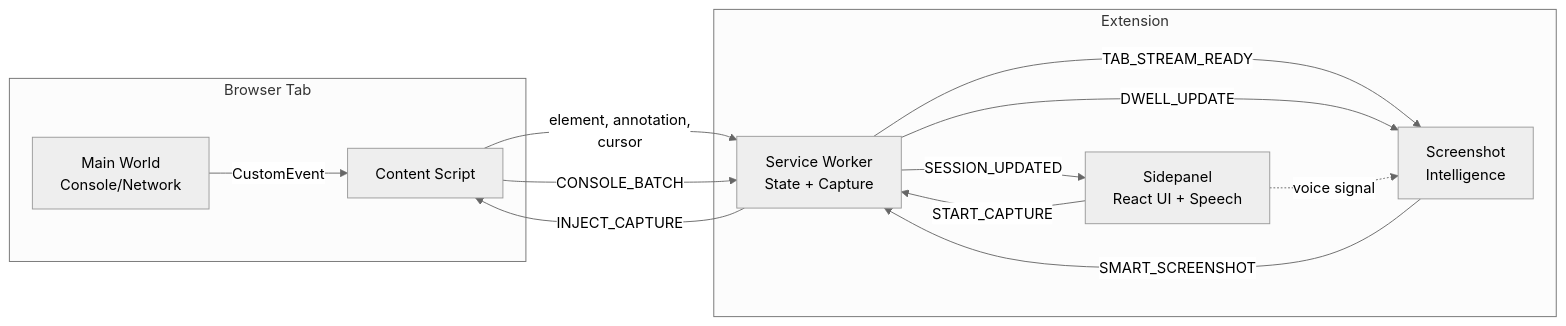
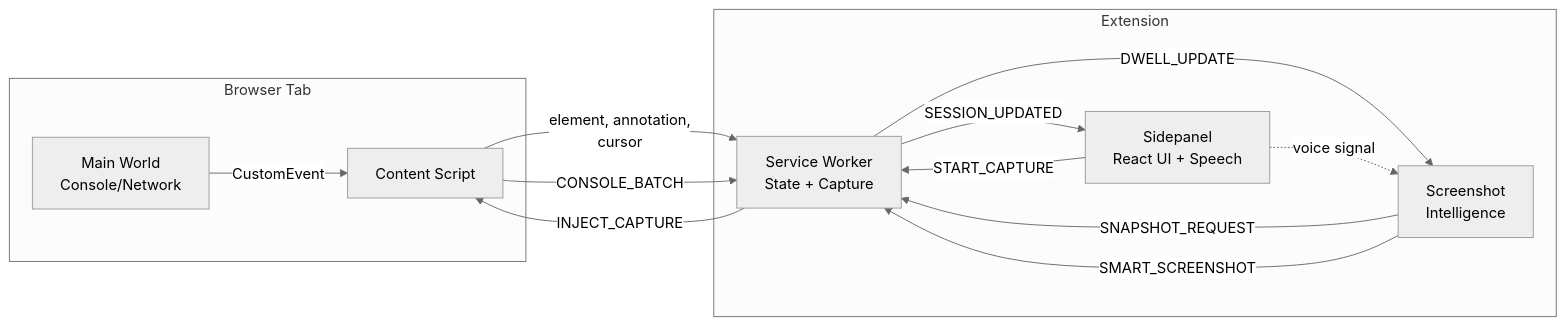
The diagram in README.md (BraedenBDev/pointdev), drawn with Mermaid (neutral theme) before and after one commit. The commit also changed other lines of this file, not shown here.

First line of the commit message:
docs: update README to reflect captureVisibleTab architecture

````diff
--- a/README.md
+++ b/README.md
@@ -115,23 +123,23 @@
 ```mermaid
 flowchart LR
     subgraph Browser Tab
         CS[Content Script]
         MW[Main World<br/>Console/Network]
     end
     subgraph Extension
         SP[Sidepanel<br/>React UI + Speech]
         SI[Screenshot<br/>Intelligence]
         SW[Service Worker<br/>State + Capture]
     end
 
     SP -- START_CAPTURE --> SW
     SW -- INJECT_CAPTURE --> CS
-    SW -- TAB_STREAM_READY --> SI
     CS -- element, annotation,<br/>cursor --> SW
     MW -- CustomEvent --> CS
     CS -- CONSOLE_BATCH --> SW
+    SI -- SNAPSHOT_REQUEST --> SW
     SW -- DWELL_UPDATE --> SI
     SP -. voice signal .-> SI
     SI -- SMART_SCREENSHOT --> SW
     SW -- SESSION_UPDATED --> SP
 ```
````
